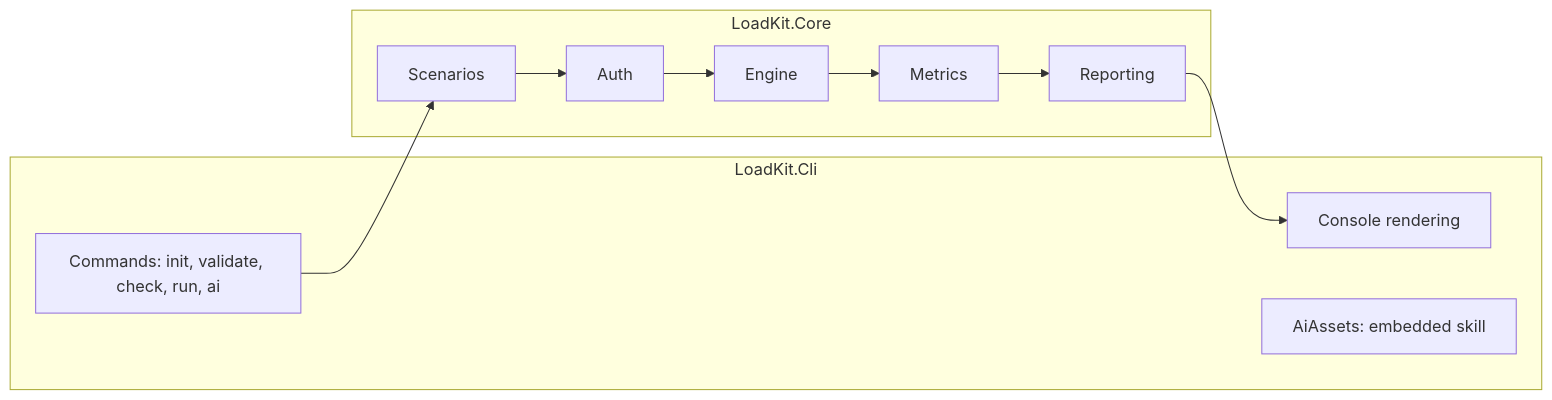
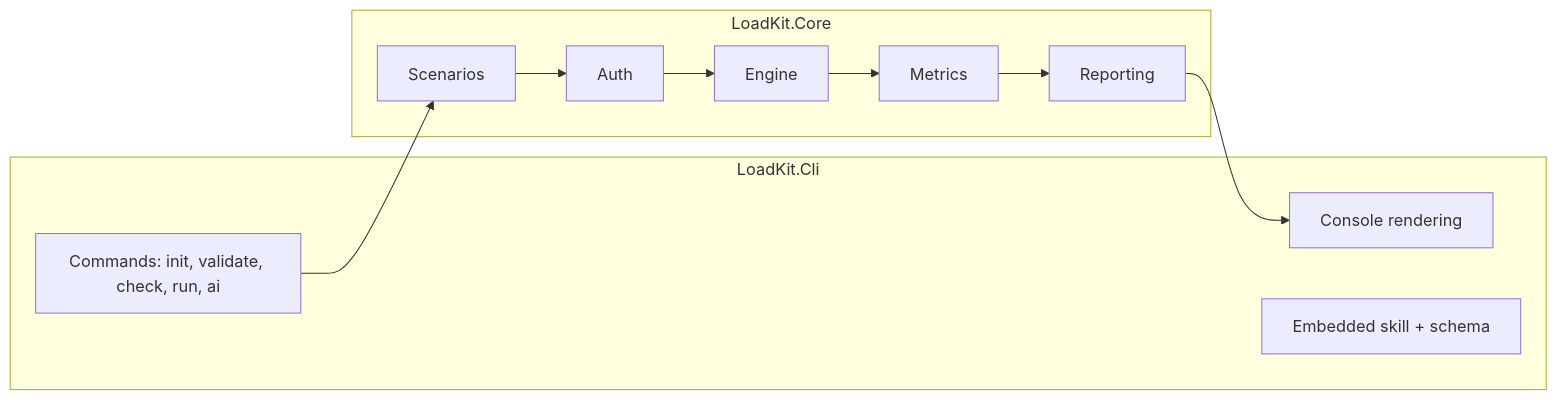
The first of 2 diagrams in docs/architecture/OVERVIEW.md (zhiganik/LoadKit), drawn with Mermaid before and after one commit. The commit also changed other lines of this file and 19 other files, not shown here.

````diff
--- a/docs/architecture/OVERVIEW.md
+++ b/docs/architecture/OVERVIEW.md
@@ -22,17 +22,17 @@
 ```mermaid
 flowchart LR
     subgraph Cli[LoadKit.Cli]
         CMD[Commands: init, validate, check, run, ai]
         R[Console rendering]
-        AI[AiAssets: embedded skill]
+        AI[Embedded skill + schema]
     end
     subgraph Core[LoadKit.Core]
         S[Scenarios]
         A[Auth]
         E[Engine]
         M[Metrics]
         RP[Reporting]
     end
     CMD --> S --> A --> E --> M --> RP
     RP --> R
 ```
````
